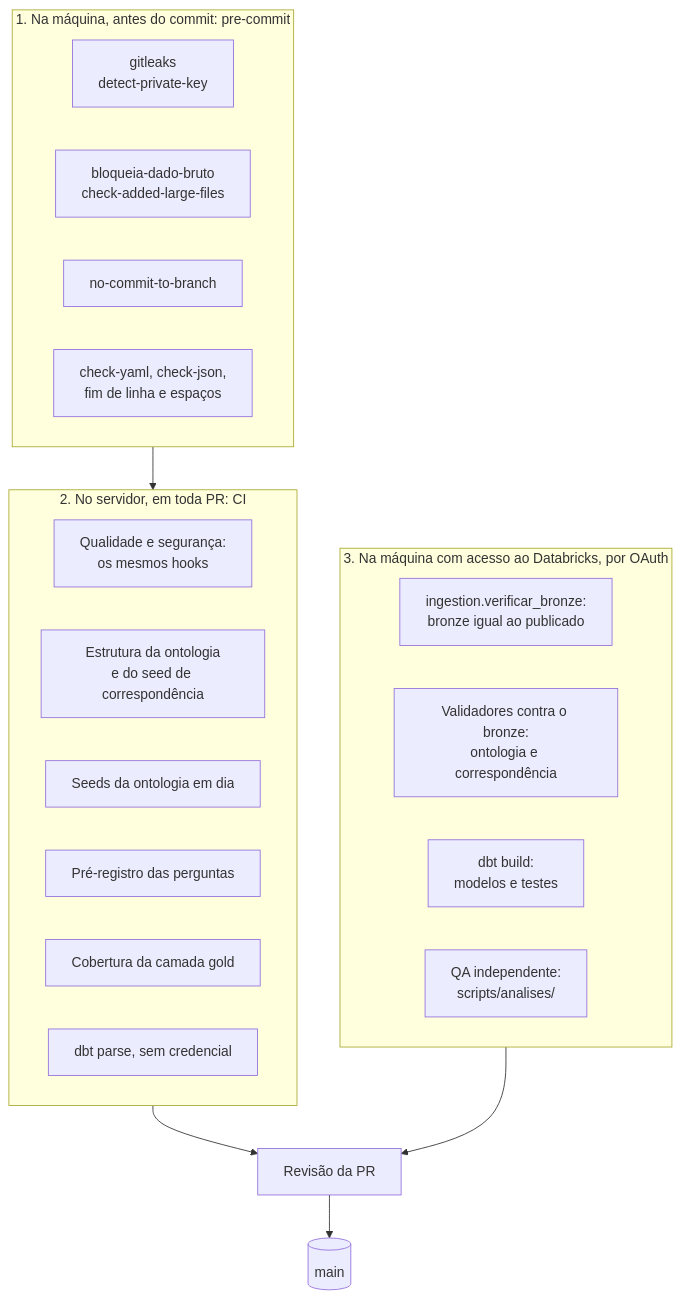
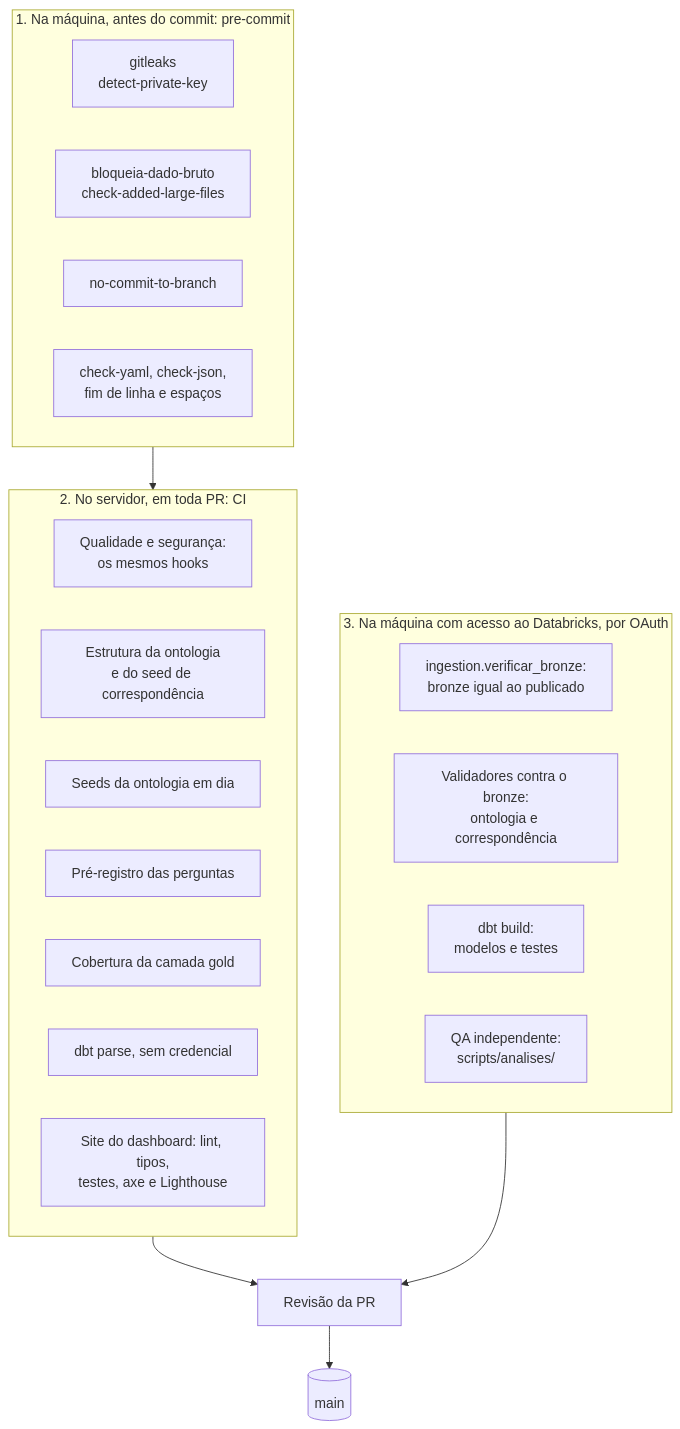
Before and after one commit to RCHRDYv/bcb-credito-governanca: the third of 3 diagrams in docs/arquitetura.md, drawn with Mermaid. The commit also changed 3 other files, not shown here.

````diff
--- a/docs/arquitetura.md
+++ b/docs/arquitetura.md
@@ -222,31 +222,32 @@
 ```mermaid
 flowchart TB
     subgraph local["1. Na máquina, antes do commit: pre-commit"]
         direction LR
         h_seg["gitleaks<br/>detect-private-key"]
         h_dado["bloqueia-dado-bruto<br/>check-added-large-files"]
         h_ramo["no-commit-to-branch"]
         h_form["check-yaml, check-json,<br/>fim de linha e espaços"]
     end
 
     subgraph ci["2. No servidor, em toda PR: CI"]
         direction LR
         c_seg["Qualidade e segurança:<br/>os mesmos hooks"]
         c_est["Estrutura da ontologia<br/>e do seed de correspondência"]
         c_seed["Seeds da ontologia em dia"]
         c_per["Pré-registro das perguntas"]
         c_cob["Cobertura da camada gold"]
         c_dbt["dbt parse, sem credencial"]
+        c_dash["Site do dashboard: lint, tipos,<br/>testes, axe e Lighthouse"]
     end
 
     subgraph dados["3. Na máquina com acesso ao Databricks, por OAuth"]
         direction LR
         d_bro["ingestion.verificar_bronze:<br/>bronze igual ao publicado"]
         d_val["Validadores contra o bronze:<br/>ontologia e correspondência"]
         d_dbt["dbt build:<br/>modelos e testes"]
         d_qa["QA independente:<br/>scripts/analises/"]
     end
 
     local --> ci --> revisao["Revisão da PR"] --> main[("main")]
     dados --> revisao
 ```
````
